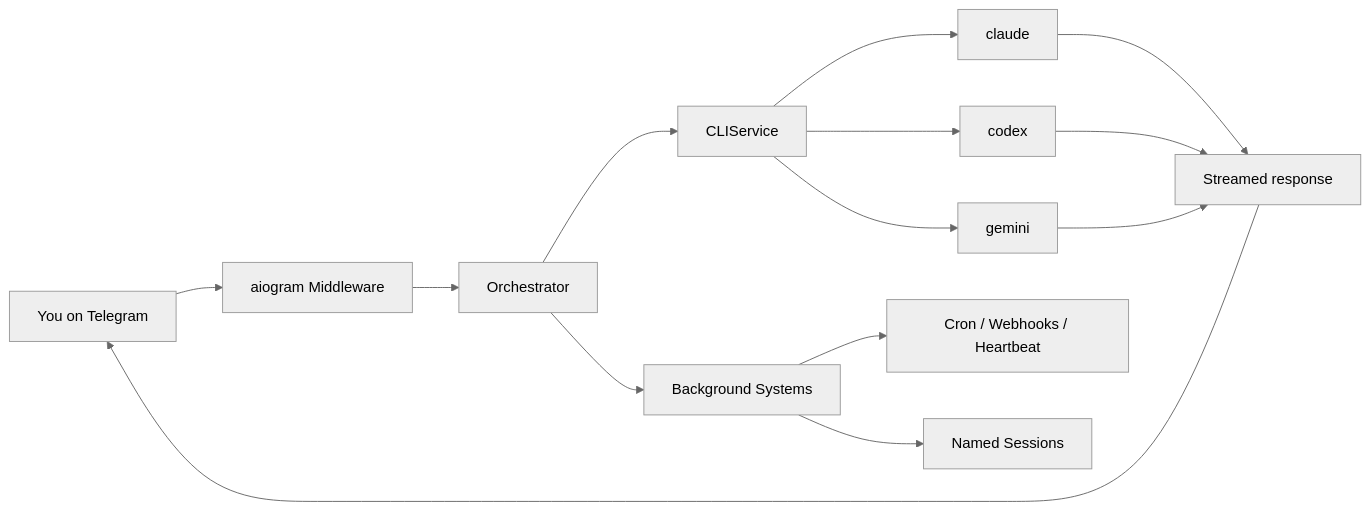
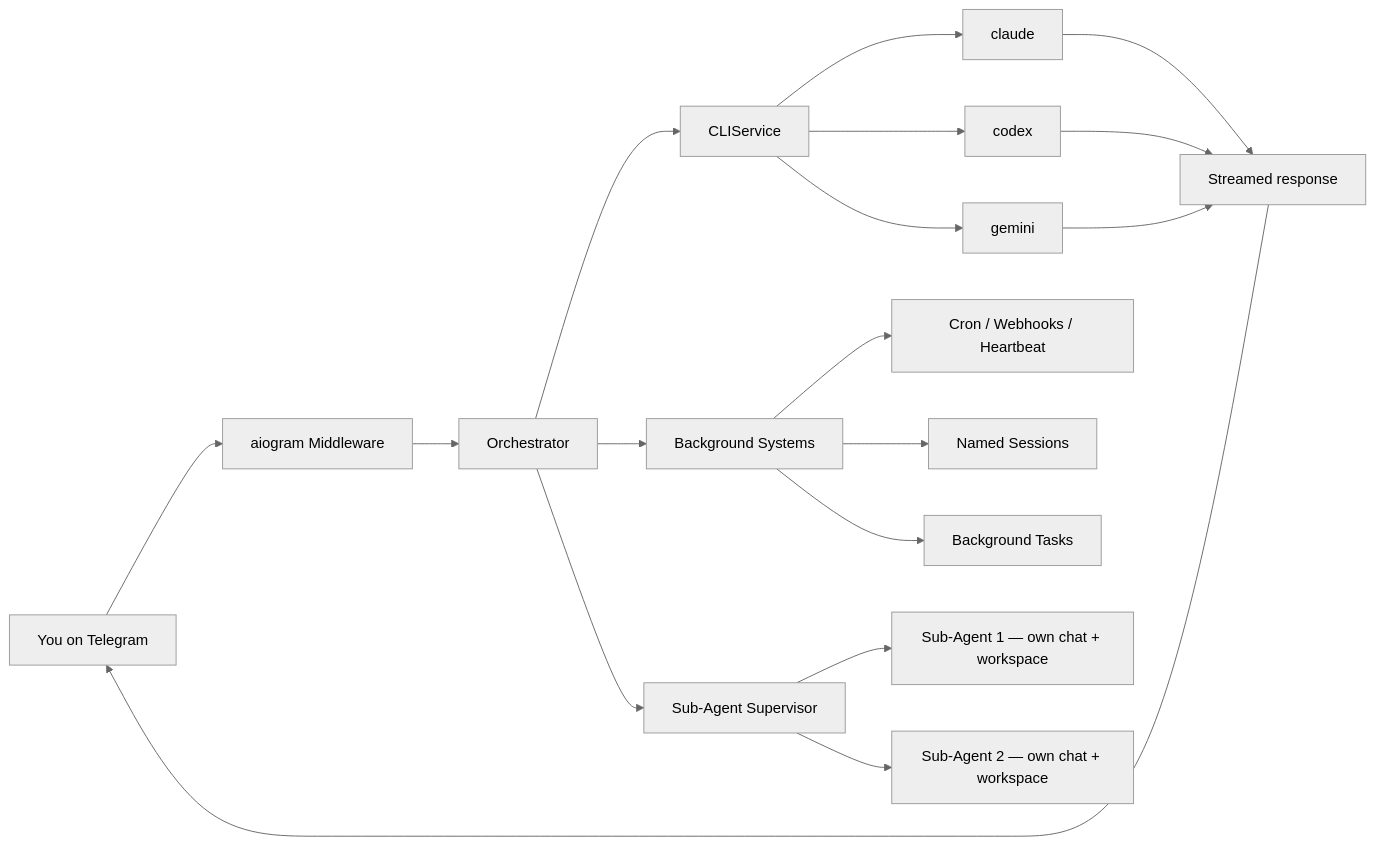
Before and after one commit to alexeymorozua/sygen: the diagram in README.md, drawn with Mermaid (neutral theme). The commit also changed other lines of this file and 82 other files, not shown here.

````diff
--- a/README.md
+++ b/README.md
@@ -160,15 +201,20 @@
 ```mermaid
 graph LR
     A[You on Telegram] --> B[aiogram Middleware]
     B --> C[Orchestrator]
     C --> D[CLIService]
     D --> E[claude]
     D --> F[codex]
     D --> G[gemini]
     E & F & G --> H[Streamed response]
     H --> A
 
     C --> I[Background Systems]
     I --> J[Cron / Webhooks / Heartbeat]
     I --> K[Named Sessions]
+    I --> L[Background Tasks]
+
+    C --> M[Sub-Agent Supervisor]
+    M --> N[Sub-Agent 1 — own chat + workspace]
+    M --> O[Sub-Agent 2 — own chat + workspace]
 ```
````
